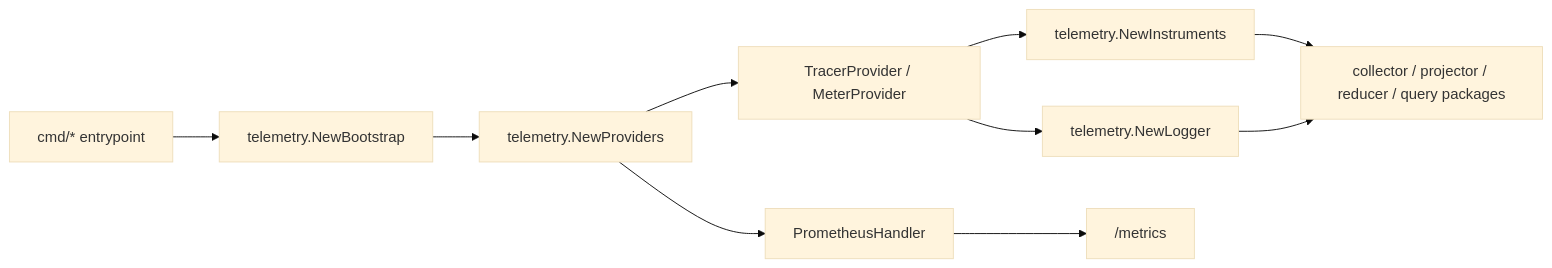
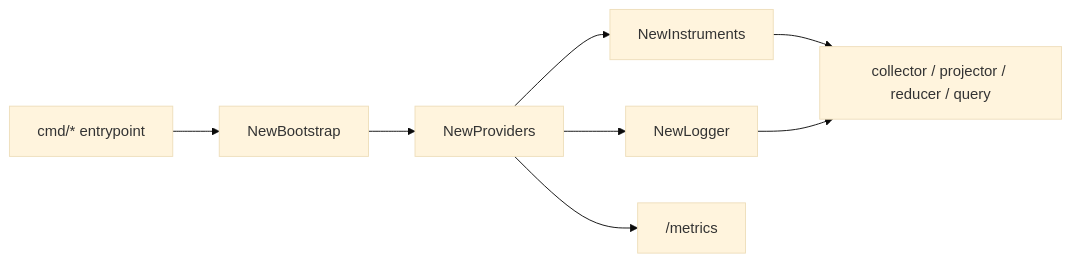
One commit to eshu-hq/eshu changed the diagram in go/internal/telemetry/README.md. Above: the diagram before and after it, drawn with Mermaid (base theme). The commit also changed other lines of this file and 20 other files, not shown here.

````diff
--- a/go/internal/telemetry/README.md
+++ b/go/internal/telemetry/README.md
@@ -29,12 +24,10 @@
 ```mermaid
 flowchart LR
-  A["cmd/* entrypoint"] --> B["telemetry.NewBootstrap"]
-  B --> C["telemetry.NewProviders"]
-  C --> D["TracerProvider / MeterProvider"]
-  C --> E["PrometheusHandler"]
-  D --> F["telemetry.NewInstruments"]
-  D --> G["telemetry.NewLogger"]
-  F --> H["collector / projector / reducer / query packages"]
-  G --> H
-  E --> I["/metrics"]
+  Entrypoint["cmd/* entrypoint"] --> Bootstrap["NewBootstrap"]
+  Bootstrap --> Providers["NewProviders"]
+  Providers --> Instruments["NewInstruments"]
+  Providers --> Logger["NewLogger"]
+  Instruments --> Runtime["collector / projector / reducer / query"]
+  Logger --> Runtime
+  Providers --> Metrics["/metrics"]
 ```
````
